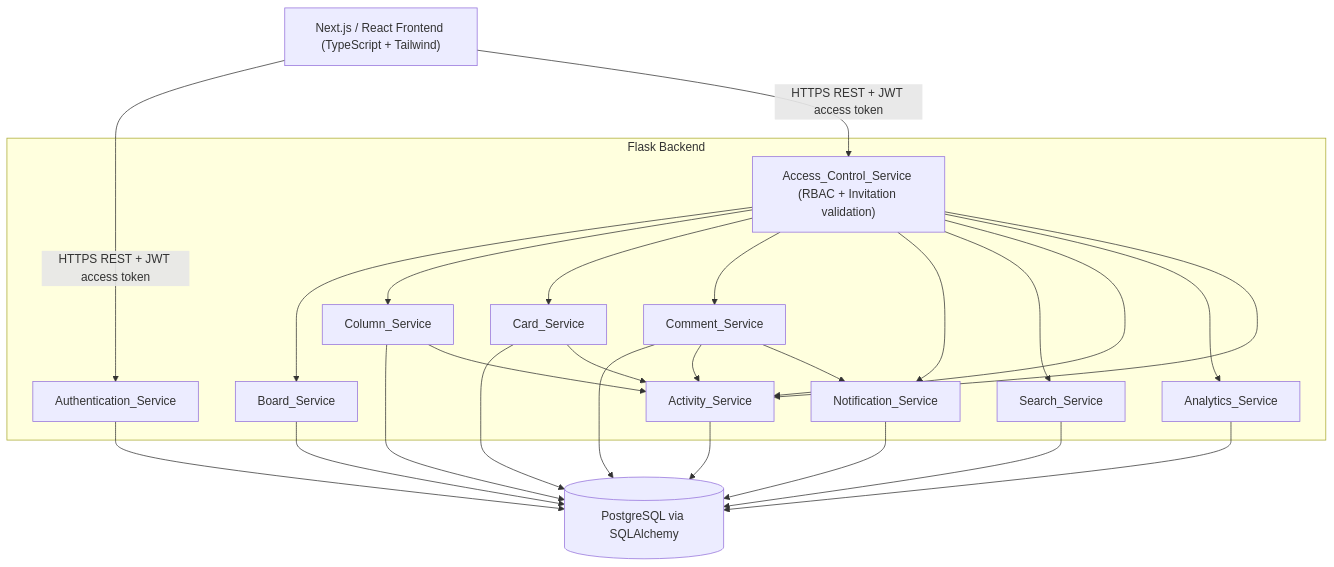
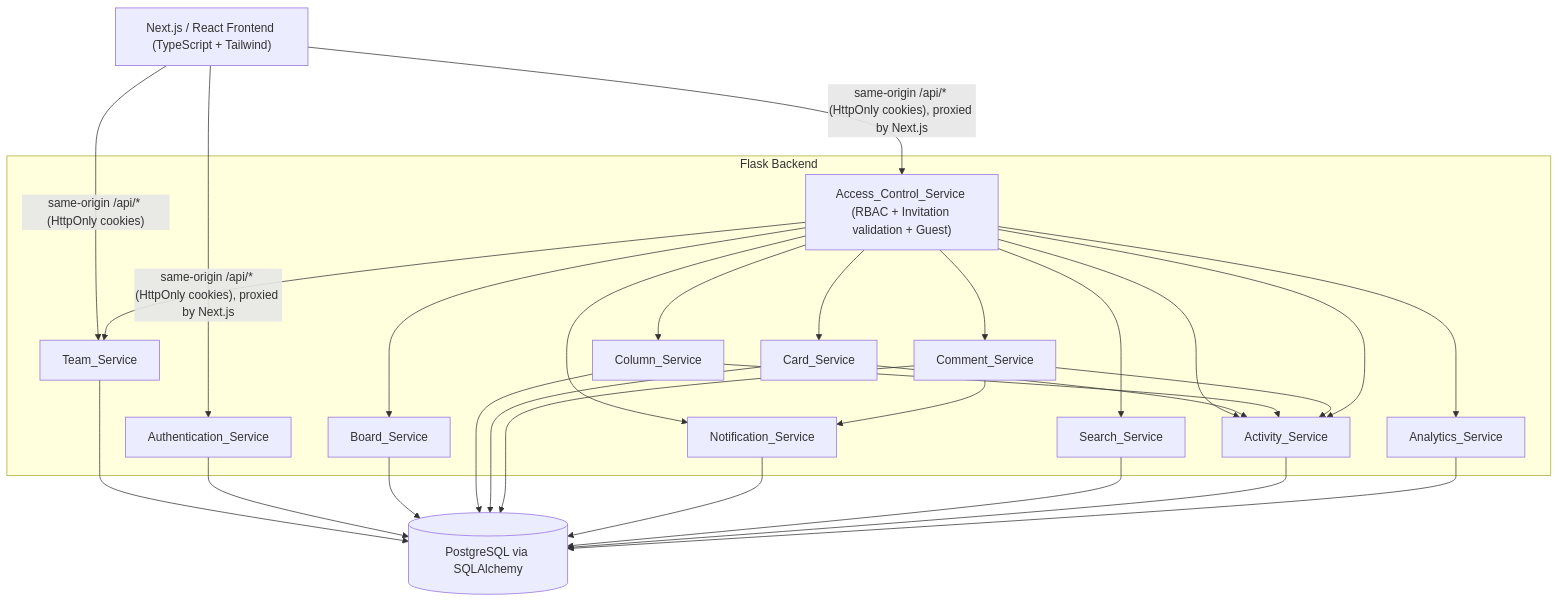
One commit to Revou-FSSE-Jun26/module-4-FarrasAF changed the first of 3 diagrams in .kiro/specs/task-management-app/design.md. Above: the diagram before and after it, drawn with Mermaid. The commit also changed other lines of this file and 4 other files, not shown here.

````diff
--- a/.kiro/specs/task-management-app/design.md
+++ b/.kiro/specs/task-management-app/design.md
@@ -27,42 +29,46 @@
 ```mermaid
 graph TD
     Browser["Next.js / React Frontend (TypeScript + Tailwind)"]
     subgraph Flask Backend
         Auth["Authentication_Service"]
-        AC["Access_Control_Service (RBAC + Invitation validation)"]
+        AC["Access_Control_Service (RBAC + Invitation validation + Guest)"]
+        Team["Team_Service"]
         Board["Board_Service"]
         Column["Column_Service"]
         Card["Card_Service"]
         Comment["Comment_Service"]
         Notif["Notification_Service"]
         Search["Search_Service"]
         Activity["Activity_Service"]
         Analytics["Analytics_Service"]
     end
     DB[("PostgreSQL via SQLAlchemy")]
 
-    Browser -->|"HTTPS REST + JWT access token"| Auth
-    Browser -->|"HTTPS REST + JWT access token"| AC
+    Browser -->|"same-origin /api/* (HttpOnly cookies), proxied by Next.js"| Auth
+    Browser -->|"same-origin /api/* (HttpOnly cookies), proxied by Next.js"| AC
+    Browser -->|"same-origin /api/* (HttpOnly cookies)"| Team
+    Team --> DB
+    AC --> Team
     AC --> Board
     AC --> Column
     AC --> Card
     AC --> Comment
     AC --> Notif
     AC --> Search
     AC --> Activity
     AC --> Analytics
     Auth --> DB
     Board --> DB
     Column --> DB
     Card --> DB
     Comment --> DB
     Notif --> DB
     Search --> DB
     Activity --> DB
     Analytics --> DB
     Card --> Activity
     Column --> Activity
     Comment --> Activity
     Comment --> Notif
     AC --> Activity
 ```
````
